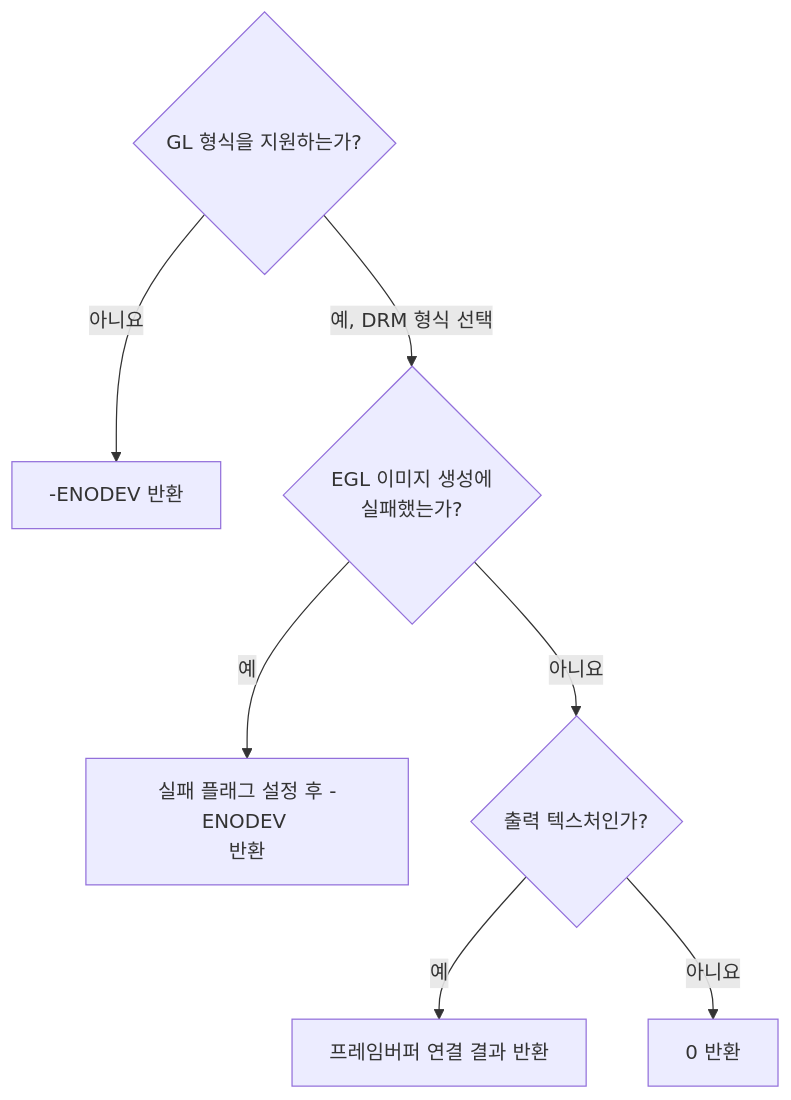
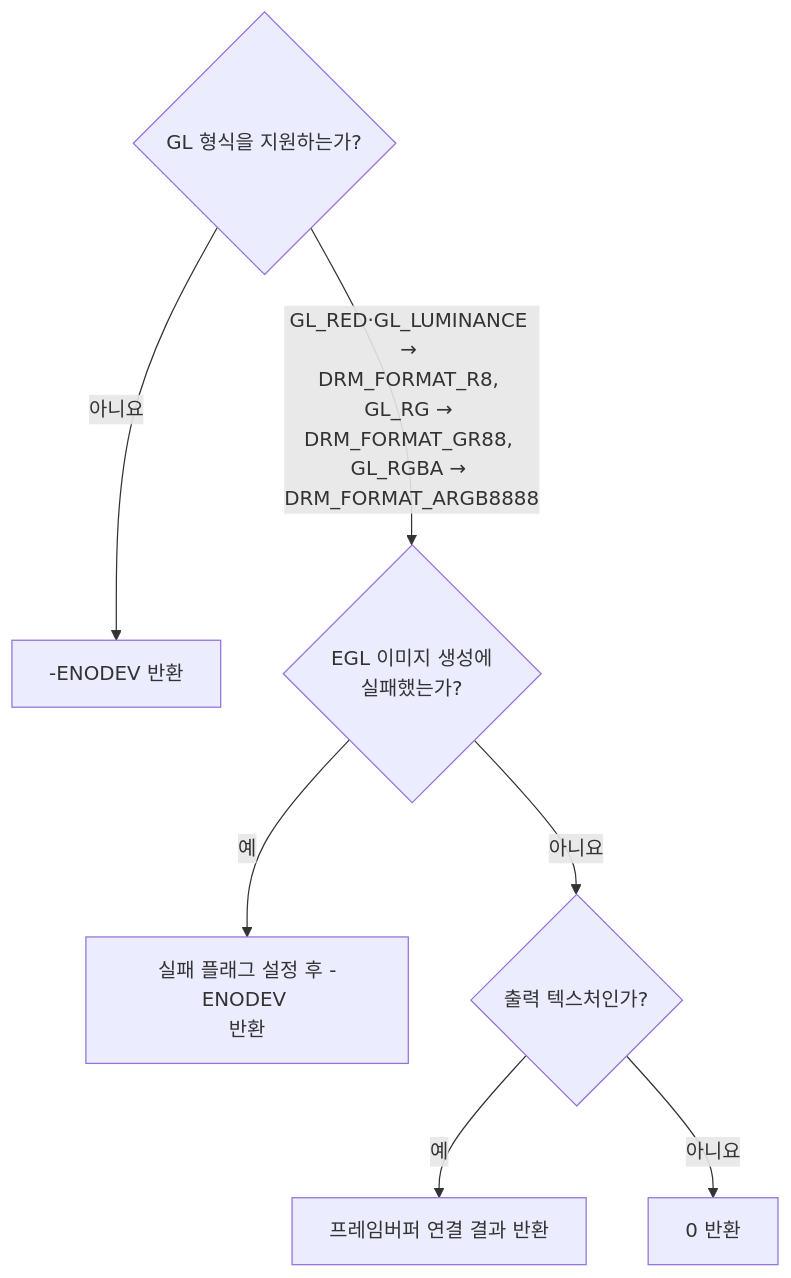
One commit to TTolsun/libcamera-sdd changed the second of 4 diagrams in docs/ipa-algorithms.md. Above: the diagram before and after it, drawn with Mermaid. The commit also changed other lines of this file and 125 other files, not shown here.

````diff
--- a/docs/ipa-algorithms.md
+++ b/docs/ipa-algorithms.md
@@ -78,17 +77,17 @@
 ```mermaid
 flowchart TB
-%% sdd:translations {"-ENODEV 반환": "Return -ENODEV", "0 반환": "Return 0", "EGL 이미지 생성에 <br/>실패했는가?": "Did EGL image creation fail?", "GL 형식을 지원하는가?": "Is the GL format supported?", "실패 플래그 설정 후 -ENODEV <br/>반환": "Set the failure flag and <br/>return -ENODEV", "아니요": "No", "예": "Yes", "예, DRM 형식 선택": "Yes, select the DRM format", "출력 텍스처인가?": "Is this an output texture?", "프레임버퍼 연결 결과 반환": "Return the framebuffer <br/>attachment result"}
+%% sdd:translations {"-ENODEV 반환": "Return -ENODEV", "0 반환": "Return 0", "EGL 이미지 생성에 <br/>실패했는가?": "Did EGL image creation fail?", "GL 형식을 지원하는가?": "Is the GL format supported?", "GL#95;RED·GL#95;LUMINANCE → <br/>DRM#95;FORMAT#95;R8, GL#95;RG → <br/>DRM#95;FORMAT#95;GR88, GL#95;RGBA → <br/>DRM#95;FORMAT#95;ARGB8888": "GL#95;RED·GL#95;LUMINANCE → <br/>DRM#95;FORMAT#95;R8, GL#95;RG → <br/>DRM#95;FORMAT#95;GR88, GL#95;RGBA → <br/>DRM#95;FORMAT#95;ARGB8888", "실패 플래그 설정 후 -ENODEV <br/>반환": "Set the failure flag and <br/>return -ENODEV", "아니요": "No", "예": "Yes", "출력 텍스처인가?": "Is this an output texture?", "프레임버퍼 연결 결과 반환": "Return the framebuffer <br/>attachment result"}
   v_format{"GL 형식을 지원하는가?"}
   v_unknown["-ENODEV 반환"]
   v_image{"EGL 이미지 생성에 <br/>실패했는가?"}
   v_failed["실패 플래그 설정 후 -ENODEV <br/>반환"]
   v_output{"출력 텍스처인가?"}
   v_attach["프레임버퍼 연결 결과 반환"]
   v_success["0 반환"]
   v_format -->|"아니요"| v_unknown
-  v_format -->|"예, DRM 형식 선택"| v_image
+  v_format -->|"GL#95;RED·GL#95;LUMINANCE → <br/>DRM#95;FORMAT#95;R8, GL#95;RG → <br/>DRM#95;FORMAT#95;GR88, GL#95;RGBA → <br/>DRM#95;FORMAT#95;ARGB8888"| v_image
   v_image -->|"예"| v_failed
   v_image -->|"아니요"| v_output
   v_output -->|"예"| v_attach
   v_output -->|"아니요"| v_success
 ```
````
